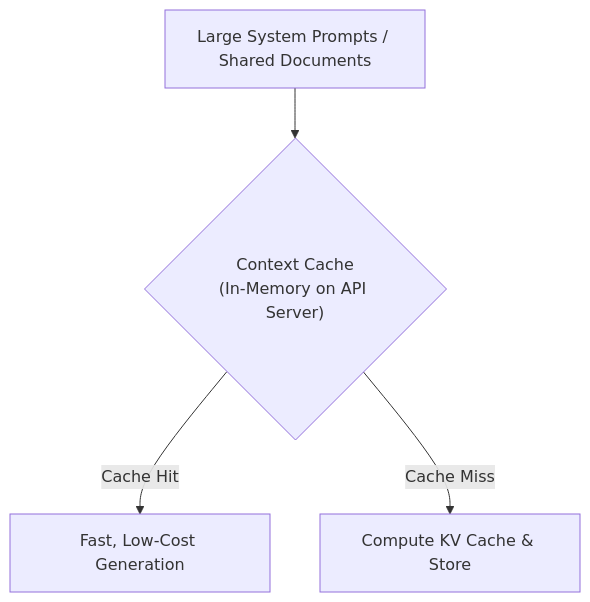
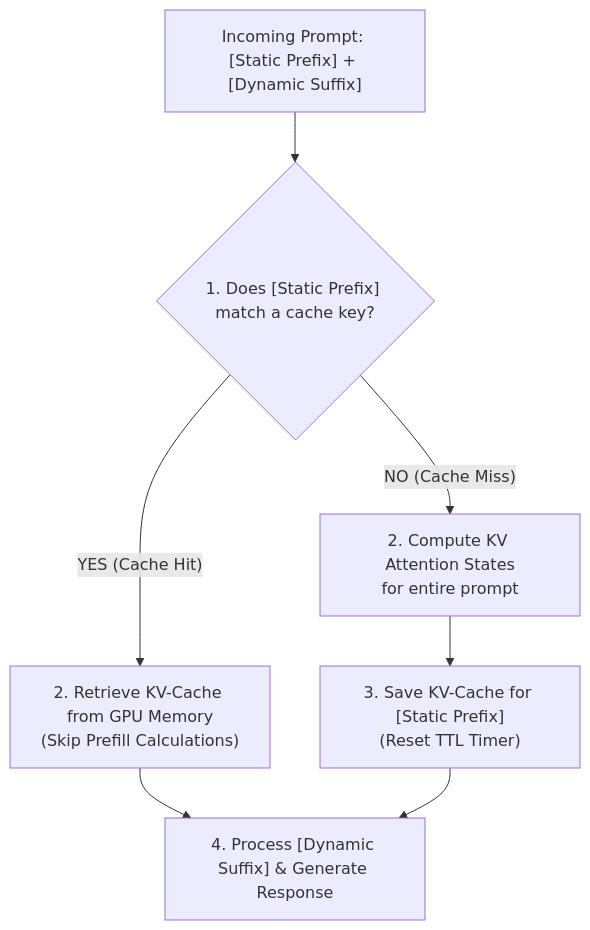
Before and after one commit to FirdowsRahaman/agentic-workflows-masterclass: the fourth of 4 diagrams in chapters/06-multi-agent-collaboration/README.md, drawn with Mermaid. The commit also changed other lines of this file, not shown here.

Commit message:
Expand Context Caching theory section

````diff
--- a/chapters/06-multi-agent-collaboration/README.md
+++ b/chapters/06-multi-agent-collaboration/README.md
@@ -149,6 +157,9 @@
 ```mermaid
 graph TD
-    Sub[Large System Prompts / Shared Documents] --> Cache{"Context Cache<br/>(In-Memory on API Server)"}
-    Cache -->|"Cache Hit"| LLM["Fast, Low-Cost Generation"]
-    Cache -->|"Cache Miss"| Embed["Compute KV Cache & Store"]
+    Prompt["Incoming Prompt: [Static Prefix] + [Dynamic Suffix]"] --> Parse{"1. Does [Static Prefix] match a cache key?"}
+    Parse -->|"YES (Cache Hit)"| Fetch["2. Retrieve KV-Cache from GPU Memory<br/>(Skip Prefill Calculations)"]
+    Parse -->|"NO (Cache Miss)"| Compute["2. Compute KV Attention States<br/>for entire prompt"]
+    Compute --> Store["3. Save KV-Cache for [Static Prefix]<br/>(Reset TTL Timer)"]
+    Fetch --> Process["4. Process [Dynamic Suffix] & Generate Response"]
+    Store --> Process
 ```
````
